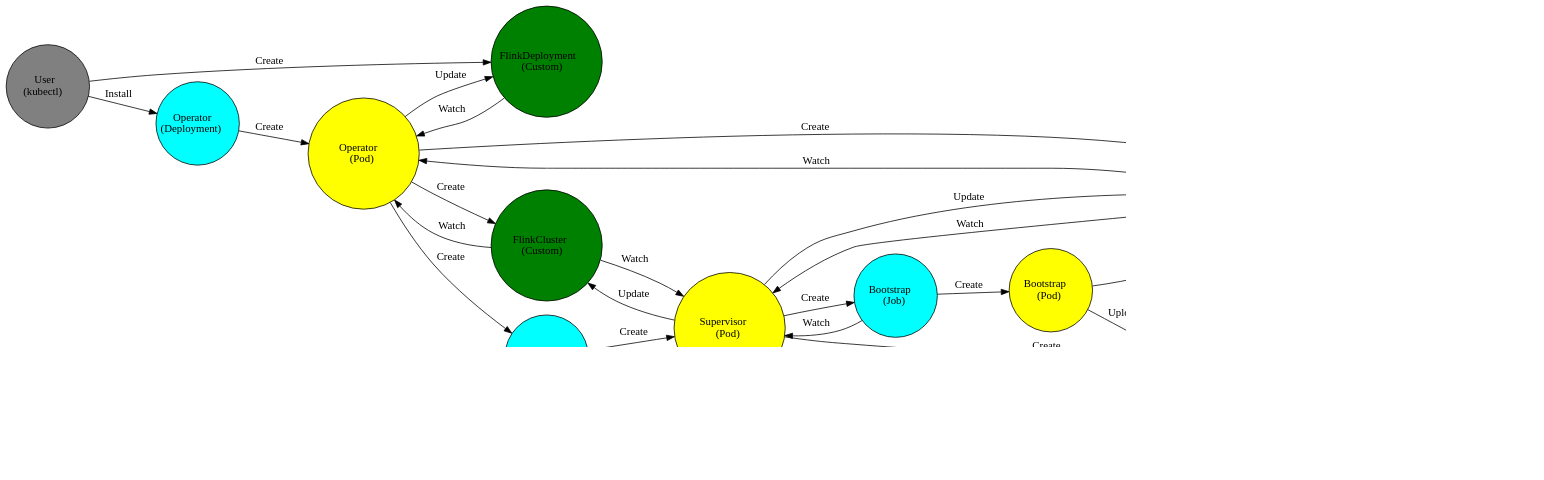
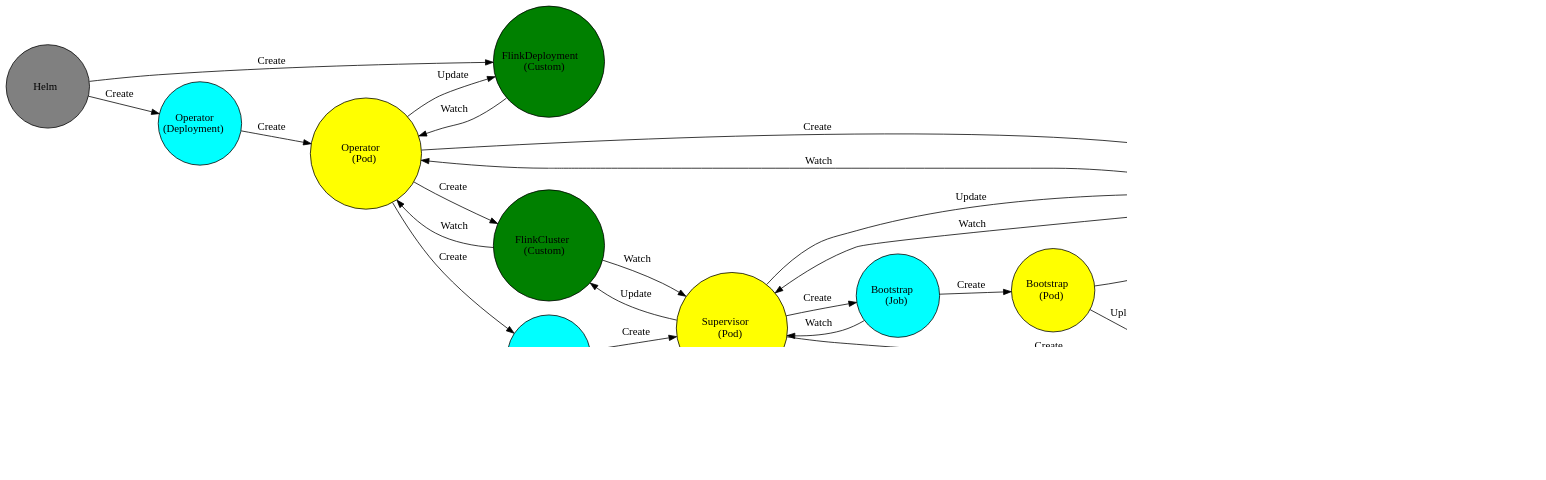
The diagram in graphs/flink-operator.dot (nextbreakpoint/flink-k8s-toolbox), drawn with Graphviz before and after one commit. The commit also changed 88 other files, not shown here.

```diff
--- a/graphs/flink-operator.dot
+++ b/graphs/flink-operator.dot
@@ -8,7 +8,7 @@
   USER -> OPERATORDEPLOYMENT [ label = <
       <TABLE ALIGN="LEFT" BORDER="0" CELLBORDER="0" CELLSPACING="0">
           <TR>
-              <TD>Install</TD>
+              <TD>Create</TD>
           </TR>
       </TABLE>
   > ];
@@ -203,7 +203,7 @@
   USER [ fillcolor=gray width=1.5 ] [ label = <
     <TABLE ALIGN="LEFT" BORDER="0" CELLBORDER="0" CELLSPACING="0">
         <TR>
-            <TD>User<BR/>(kubectl)</TD>
+            <TD>Helm</TD>
         </TR>
     </TABLE>
   > ];
```
